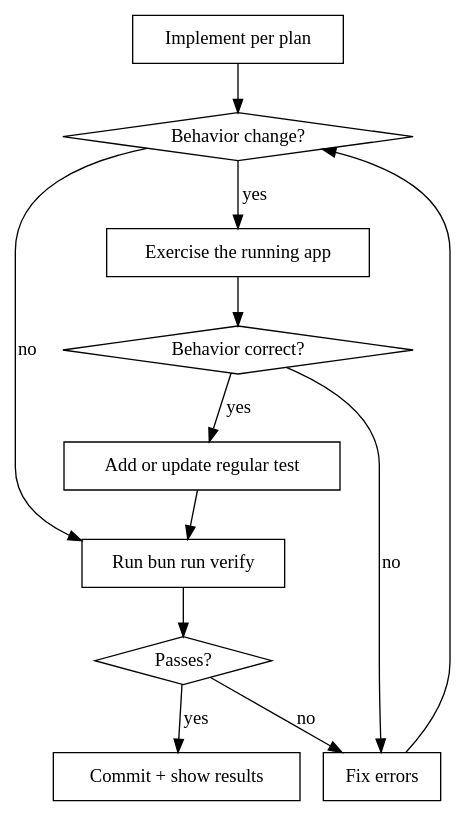
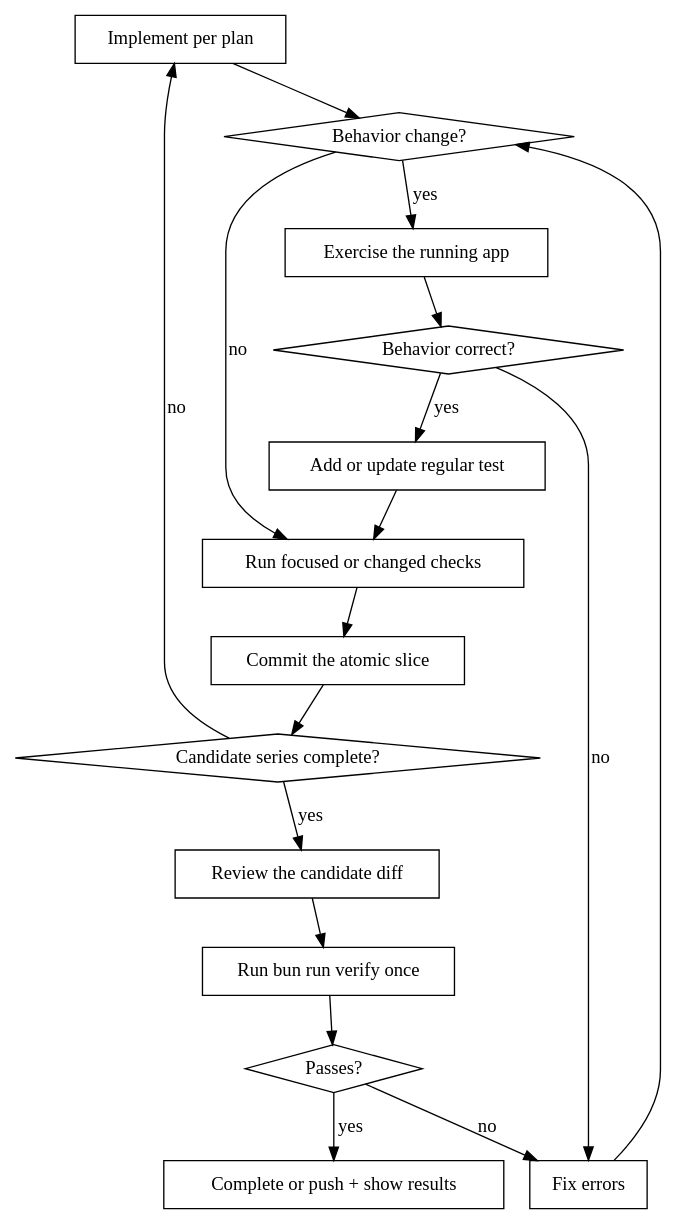
One commit to Mzeey-Emipre/mcode changed the diagram in docs/guides/agent-workflow.md. Above: the diagram before and after it, drawn with Graphviz. The commit also changed other lines of this file and 8 other files, not shown here.

````diff
--- a/docs/guides/agent-workflow.md
+++ b/docs/guides/agent-workflow.md
@@ -13,26 +13,35 @@
 ```dot
 digraph workflow {
     rankdir=TB;
     "Implement per plan" [shape=box];
     "Behavior change?" [shape=diamond];
     "Exercise the running app" [shape=box];
     "Behavior correct?" [shape=diamond];
     "Add or update regular test" [shape=box];
-    "Run bun run verify" [shape=box];
+    "Run focused or changed checks" [shape=box];
+    "Commit the atomic slice" [shape=box];
+    "Candidate series complete?" [shape=diamond];
+    "Review the candidate diff" [shape=box];
+    "Run bun run verify once" [shape=box];
     "Passes?" [shape=diamond];
     "Fix errors" [shape=box];
-    "Commit + show results" [shape=box];
+    "Complete or push + show results" [shape=box];
 
     "Implement per plan" -> "Behavior change?";
     "Behavior change?" -> "Exercise the running app" [label="yes"];
-    "Behavior change?" -> "Run bun run verify" [label="no"];
+    "Behavior change?" -> "Run focused or changed checks" [label="no"];
     "Exercise the running app" -> "Behavior correct?";
     "Behavior correct?" -> "Fix errors" [label="no"];
     "Behavior correct?" -> "Add or update regular test" [label="yes"];
-    "Add or update regular test" -> "Run bun run verify";
-    "Run bun run verify" -> "Passes?";
+    "Add or update regular test" -> "Run focused or changed checks";
+    "Run focused or changed checks" -> "Commit the atomic slice";
+    "Commit the atomic slice" -> "Candidate series complete?";
+    "Candidate series complete?" -> "Implement per plan" [label="no"];
+    "Candidate series complete?" -> "Review the candidate diff" [label="yes"];
+    "Review the candidate diff" -> "Run bun run verify once";
+    "Run bun run verify once" -> "Passes?";
     "Passes?" -> "Fix errors" [label="no"];
     "Fix errors" -> "Behavior change?";
-    "Passes?" -> "Commit + show results" [label="yes"];
+    "Passes?" -> "Complete or push + show results" [label="yes"];
 }
 ```
````
